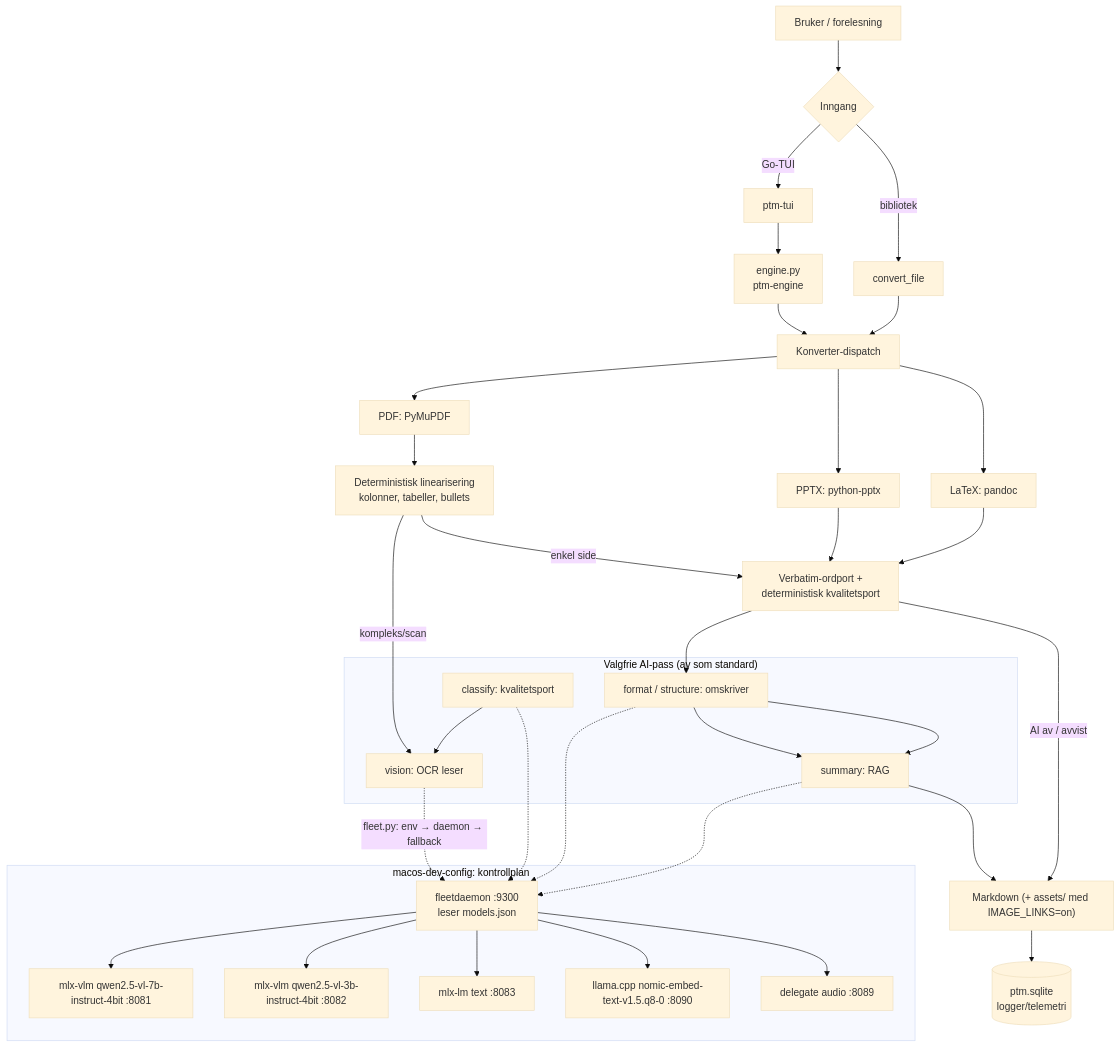
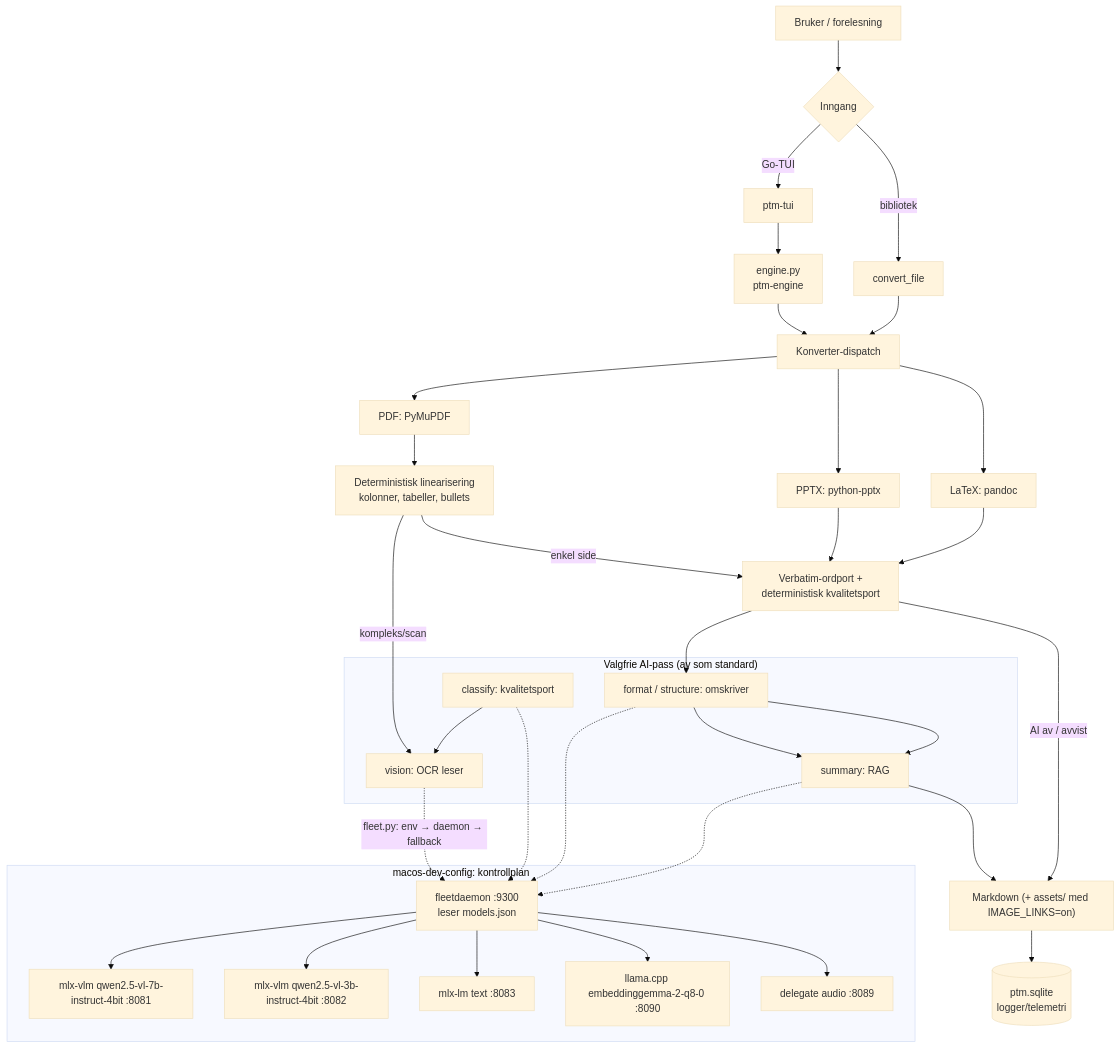
The first of 2 diagrams in docs/presentasjon.md (Snorre98/PresentationToMarkdown), drawn with Mermaid (base theme) before and after one commit. The commit also changed other lines of this file and 24 other files, not shown here.

````diff
--- a/docs/presentasjon.md
+++ b/docs/presentasjon.md
@@ -60,46 +60,46 @@
 ```mermaid
 flowchart TD
     U[Bruker / forelesning] --> E{Inngang}
     E -->|Go-TUI| TUI[ptm-tui]
     E -->|bibliotek| API[convert_file]
 
     TUI --> ENG[engine.py<br/>ptm-engine]
     ENG --> DISP
     API --> DISP
 
     DISP[Konverter-dispatch] --> PPTX[PPTX: python-pptx]
     DISP --> PDF[PDF: PyMuPDF]
     DISP --> TEX[LaTeX: pandoc]
 
     PDF --> DET[Deterministisk linearisering<br/>kolonner, tabeller, bullets]
     DET -->|enkel side| GATE
     DET -->|kompleks/scan| VIS
 
     PPTX --> GATE
     TEX --> GATE
 
     subgraph AI["Valgfrie AI-pass (av som standard)"]
         CLS[classify: kvalitetsport] --> VIS[vision: OCR leser]
         FMT[format / structure: omskriver] --> SUM[summary: RAG]
     end
 
     GATE[Verbatim-ordport +<br/>deterministisk kvalitetsport] --> FMT
     FMT --> SUM --> OUT["Markdown (+ assets/ med IMAGE_LINKS=on)"]
     GATE -->|AI av / avvist| OUT
 
     subgraph CP["macos-dev-config: kontrollplan"]
         FD[fleetdaemon :9300<br/>leser models.json]
         FD --> M1[mlx-vlm qwen2.5-vl-7b-instruct-4bit :8081]
         FD --> M2[mlx-vlm qwen2.5-vl-3b-instruct-4bit :8082]
         FD --> M3[mlx-lm text :8083]
-        FD --> M4[llama.cpp nomic-embed-text-v1.5.q8-0 :8090]
+        FD --> M4[llama.cpp embeddinggemma-2-q8-0 :8090]
         FD --> M5[delegate audio :8089]
     end
 
     VIS -.->|fleet.py: env → daemon → fallback| FD
     CLS -.-> FD
     FMT -.-> FD
     SUM -.-> FD
 
     OUT --> LOG[(ptm.sqlite<br/>logger/telemetri)]
 ```
````
